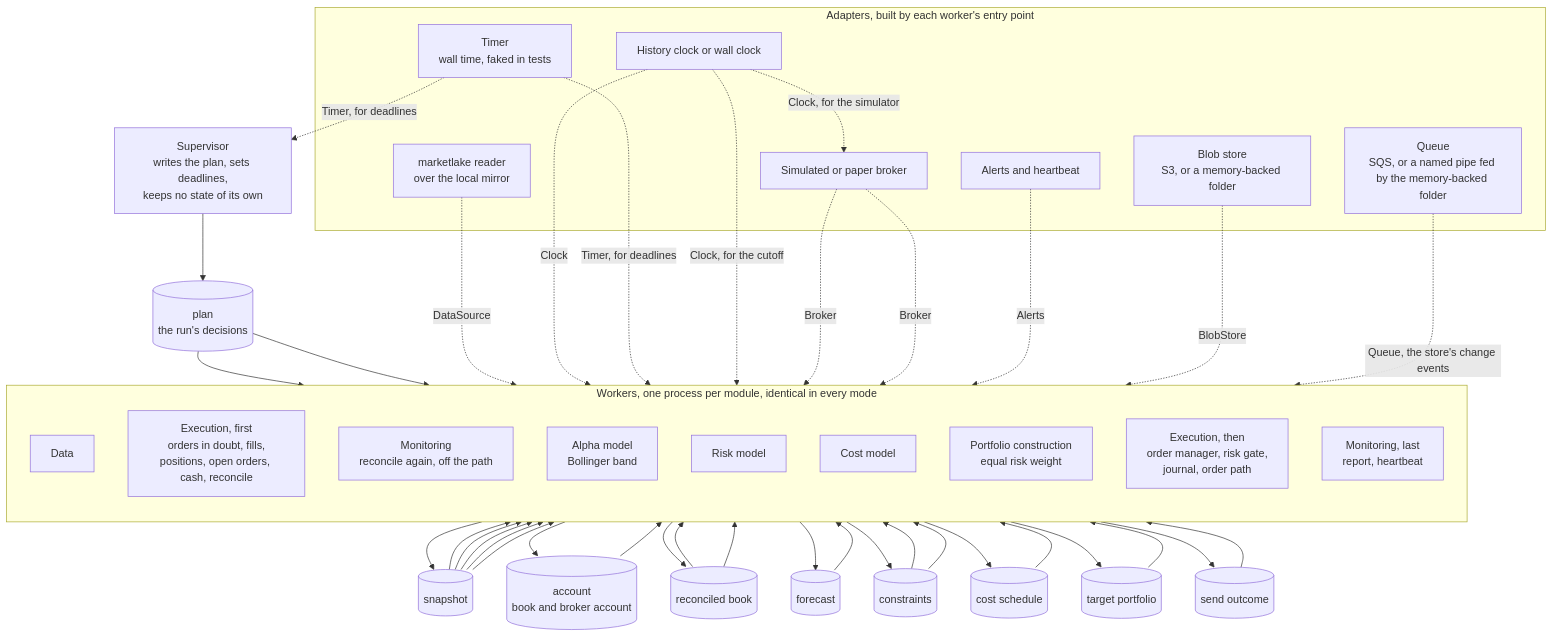
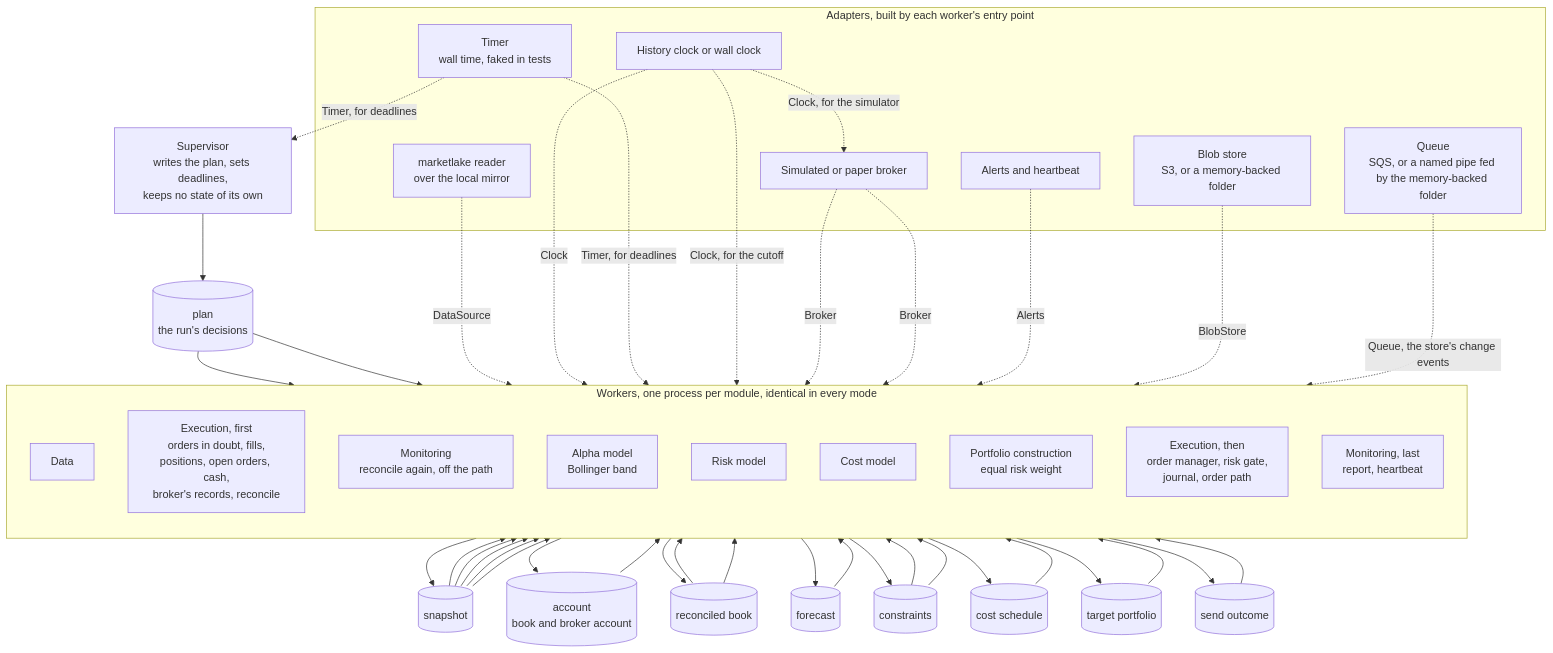
Before and after one commit to l3a0/ithildin-runtime: the ninth of 33 diagrams in docs/architecture.md, drawn with Mermaid. The commit also changed other lines of this file and 2 other files, not shown here.

````diff
--- a/docs/architecture.md
+++ b/docs/architecture.md
@@ -489,69 +489,69 @@
 ```mermaid
 flowchart TB
     sup["Supervisor<br/>writes the plan, sets deadlines,<br/>keeps no state of its own"]
     plan[("plan<br/>the run's decisions")]
     sup --> plan
 
     subgraph workers["Workers, one process per module, identical in every mode"]
         direction TB
         data["Data"]
-        exec_recover["Execution, first<br/>orders in doubt, fills,<br/>positions, open orders, cash, reconcile"]
+        exec_recover["Execution, first<br/>orders in doubt, fills,<br/>positions, open orders, cash,<br/>broker's records, reconcile"]
         mon_recon["Monitoring<br/>reconcile again, off the path"]
         alpha["Alpha model<br/>Bollinger band"]
         risk["Risk model"]
         cost["Cost model"]
         pc["Portfolio construction<br/>equal risk weight"]
         exec_send["Execution, then<br/>order manager, risk gate,<br/>journal, order path"]
         mon_report["Monitoring, last<br/>report, heartbeat"]
     end
 
     snap[("snapshot")]
     acct[("account<br/>book and broker account")]
     book[("reconciled book")]
     fc[("forecast")]
     cons[("constraints")]
     sched[("cost schedule")]
     target[("target portfolio")]
     outcome[("send outcome")]
 
     plan --> data
     plan --> exec_recover
     snap --> exec_recover
     data --> snap
     exec_recover --> acct --> mon_recon
     exec_recover --> book
     snap --> alpha --> fc
     snap --> risk
     book --> risk --> cons
     snap --> cost --> sched
     fc --> pc
     cons --> pc
     sched --> pc
     book --> pc --> target
     target --> exec_send
     cons --> exec_send
     snap --> exec_send
     exec_send --> outcome --> mon_report
 
     subgraph adapters["Adapters, built by each worker's entry point"]
         lakesrc["marketlake reader<br/>over the local mirror"]
         clock["History clock or wall clock"]
         timer["Timer<br/>wall time, faked in tests"]
         broker["Simulated or paper broker"]
         store["Blob store<br/>S3, or a memory-backed folder"]
         alertsink["Alerts and heartbeat"]
         queue["Queue<br/>SQS, or a named pipe fed by the memory-backed folder"]
     end
 
     lakesrc -. "DataSource" .-> data
     clock -. "Clock" .-> data
     timer -. "Timer, for deadlines" .-> sup
     timer -. "Timer, for deadlines" .-> mon_report
     clock -. "Clock, for the cutoff" .-> exec_send
     clock -. "Clock, for the simulator" .-> broker
     broker -. "Broker" .-> exec_recover
     broker -. "Broker" .-> exec_send
     store -. "BlobStore" .-> workers
     alertsink -. "Alerts" .-> mon_report
         queue -. "Queue, the store's change events" .-> workers
 ```
````
